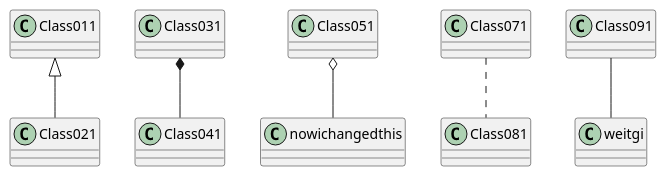
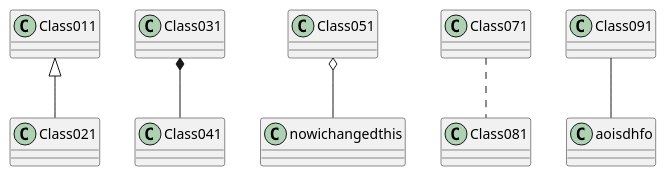
One commit to weichware10/meilensteine changed the diagram in meilenstein_03/sub/pumltest_2.puml. Above: the diagram before and after it, drawn with PlantUML.

Commit message:
gehts noch=

```diff
--- a/meilenstein_03/sub/pumltest_2.puml
+++ b/meilenstein_03/sub/pumltest_2.puml
@@ -1,7 +1,7 @@
 @startuml test
 Class011 <|-- Class021
 Class031 *-- Class041
 Class051 o-- nowichangedthis
 Class071 .. Class081
-Class091 -- weitgi
+Class091 -- aoisdhfo
 @enduml
```
